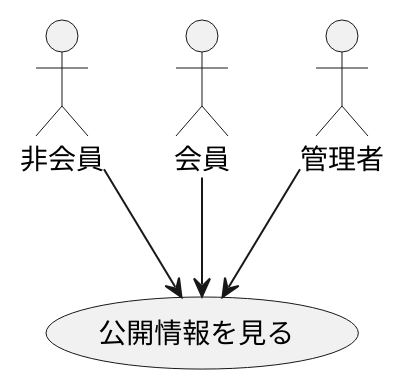
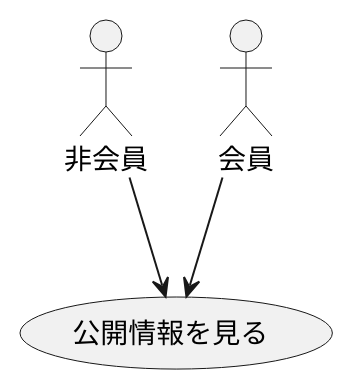
One commit to ahyaemon/bancha_books changed the diagram in sphinx/system_requirement/page/all/general/index.rst. Above: the diagram before and after it, drawn with PlantUML. The commit also changed other lines of this file and 37 other files, not shown here.

```diff
--- a/sphinx/system_requirement/page/all/general/index.rst
+++ b/sphinx/system_requirement/page/all/general/index.rst
@@ -6,11 +6,9 @@
 .. uml::
 
   actor :非会員: as Non
   actor :会員: as General
-  actor :管理者: as Admin
 
   (公開情報を見る) as (Read Info)  
 
   Non --> (Read Info)
   General --> (Read Info)
-  Admin --> (Read Info)
```
